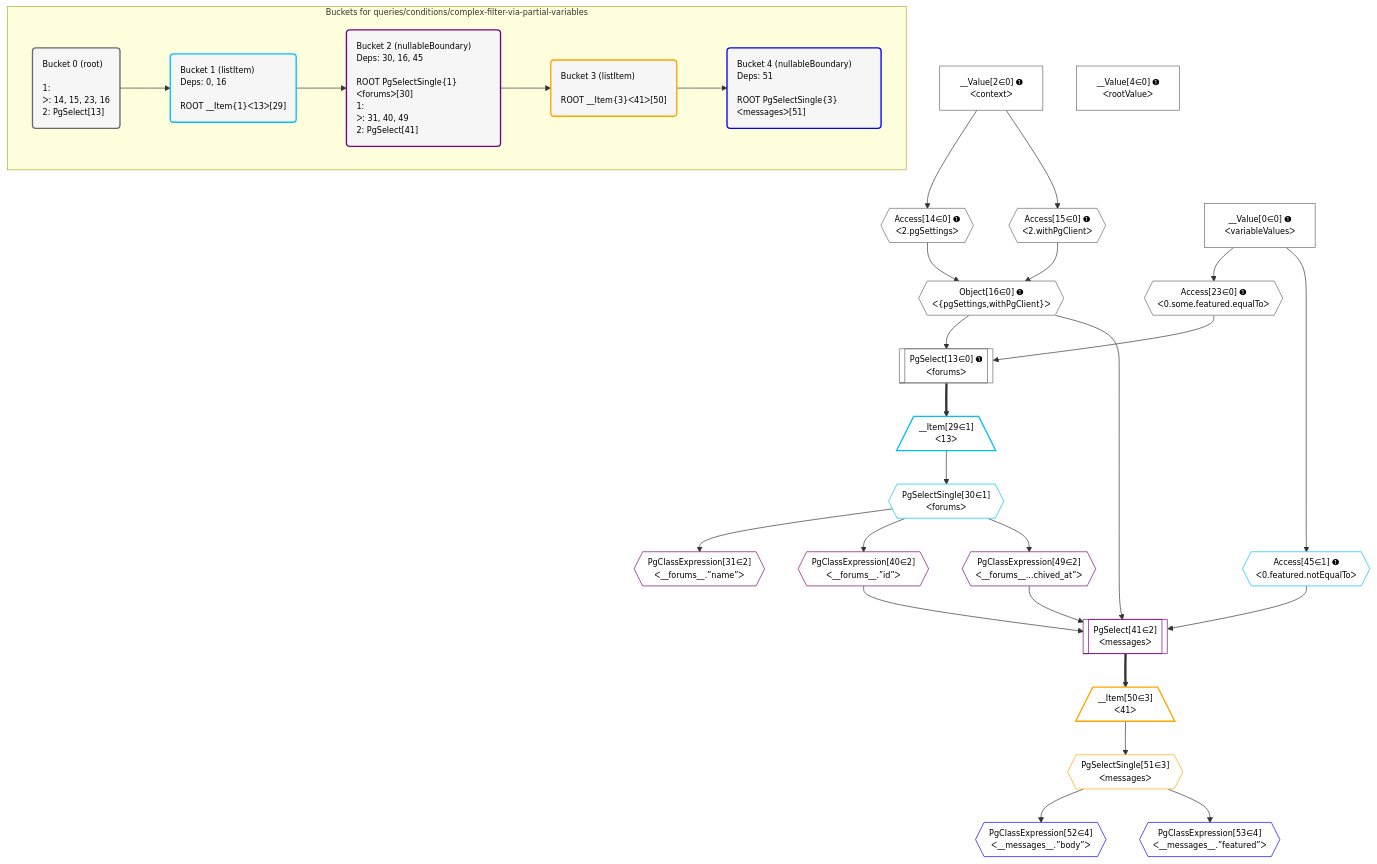
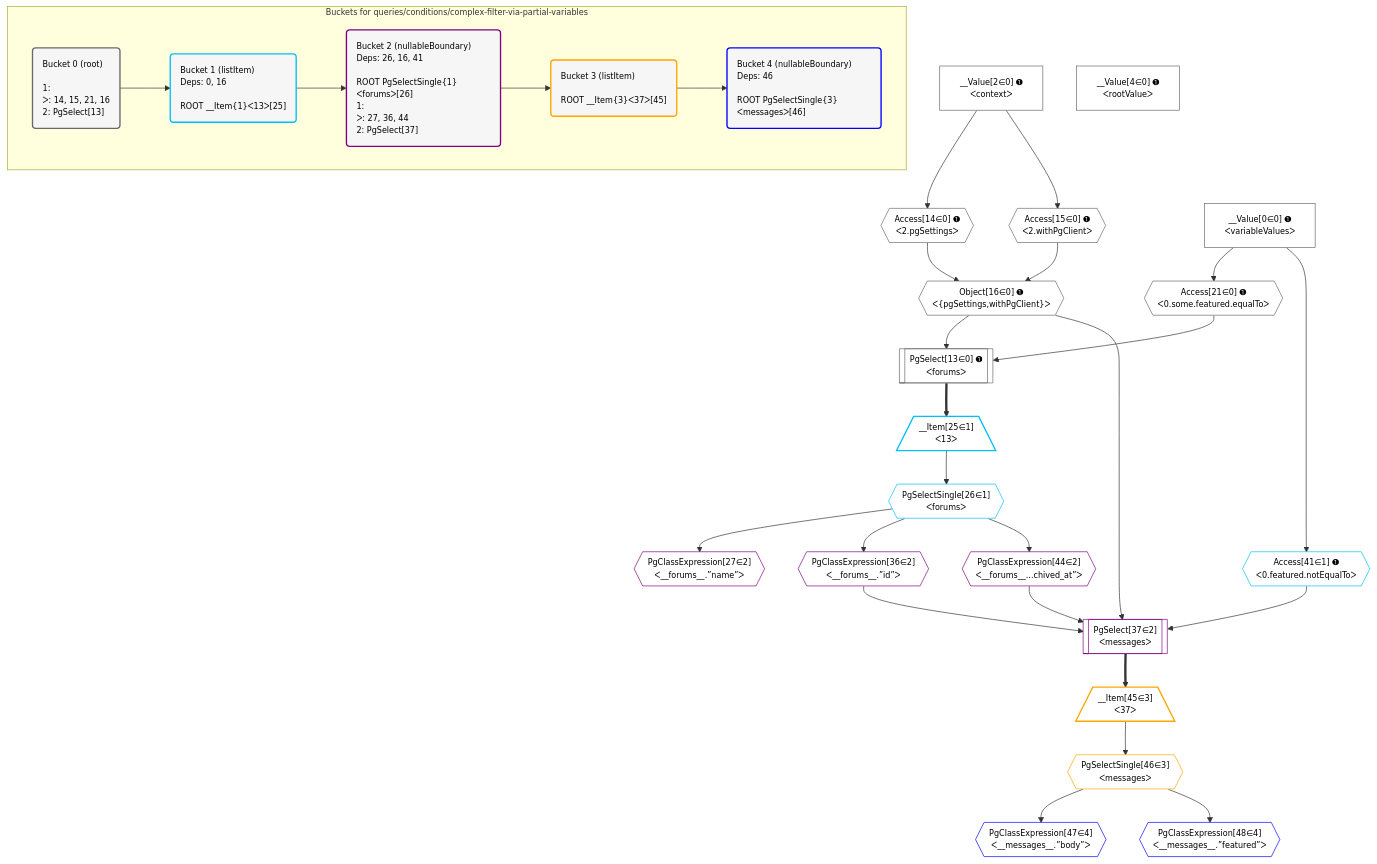
The diagram in grafast/dataplan-pg/__tests__/queries/conditions/complex-filter-via-partial-variables.deopt.mermaid (graphile/crystal), drawn with Mermaid before and after one commit. The commit also changed 5 other files, not shown here.

```diff
--- a/grafast/dataplan-pg/__tests__/queries/conditions/complex-filter-via-partial-variables.deopt.mermaid
+++ b/grafast/dataplan-pg/__tests__/queries/conditions/complex-filter-via-partial-variables.deopt.mermaid
@@ -1,70 +1,70 @@
 %%{init: {'themeVariables': { 'fontSize': '12px'}}}%%
 graph TD
     classDef path fill:#eee,stroke:#000,color:#000
     classDef plan fill:#fff,stroke-width:1px,color:#000
     classDef itemplan fill:#fff,stroke-width:2px,color:#000
     classDef unbatchedplan fill:#dff,stroke-width:1px,color:#000
     classDef sideeffectplan fill:#fcc,stroke-width:2px,color:#000
     classDef bucket fill:#f6f6f6,color:#000,stroke-width:2px,text-align:left
 
 
     %% plan dependencies
     PgSelect13[["PgSelect[13∈0] ➊<br />ᐸforumsᐳ"]]:::plan
     Object16{{"Object[16∈0] ➊<br />ᐸ{pgSettings,withPgClient}ᐳ"}}:::plan
-    Access23{{"Access[23∈0] ➊<br />ᐸ0.some.featured.equalToᐳ"}}:::plan
-    Object16 & Access23 --> PgSelect13
+    Access21{{"Access[21∈0] ➊<br />ᐸ0.some.featured.equalToᐳ"}}:::plan
+    Object16 & Access21 --> PgSelect13
     Access14{{"Access[14∈0] ➊<br />ᐸ2.pgSettingsᐳ"}}:::plan
     Access15{{"Access[15∈0] ➊<br />ᐸ2.withPgClientᐳ"}}:::plan
     Access14 & Access15 --> Object16
     __Value2["__Value[2∈0] ➊<br />ᐸcontextᐳ"]:::plan
     __Value2 --> Access14
     __Value2 --> Access15
     __Value0["__Value[0∈0] ➊<br />ᐸvariableValuesᐳ"]:::plan
-    __Value0 --> Access23
+    __Value0 --> Access21
     __Value4["__Value[4∈0] ➊<br />ᐸrootValueᐳ"]:::plan
-    __Item29[/"__Item[29∈1]<br />ᐸ13ᐳ"\]:::itemplan
-    PgSelect13 ==> __Item29
-    PgSelectSingle30{{"PgSelectSingle[30∈1]<br />ᐸforumsᐳ"}}:::plan
-    __Item29 --> PgSelectSingle30
-    Access45{{"Access[45∈1] ➊<br />ᐸ0.featured.notEqualToᐳ"}}:::plan
-    __Value0 --> Access45
-    PgSelect41[["PgSelect[41∈2]<br />ᐸmessagesᐳ"]]:::plan
-    PgClassExpression40{{"PgClassExpression[40∈2]<br />ᐸ__forums__.”id”ᐳ"}}:::plan
-    PgClassExpression49{{"PgClassExpression[49∈2]<br />ᐸ__forums__...chived_at”ᐳ"}}:::plan
-    Object16 & PgClassExpression40 & Access45 & PgClassExpression49 --> PgSelect41
-    PgClassExpression31{{"PgClassExpression[31∈2]<br />ᐸ__forums__.”name”ᐳ"}}:::plan
-    PgSelectSingle30 --> PgClassExpression31
-    PgSelectSingle30 --> PgClassExpression40
-    PgSelectSingle30 --> PgClassExpression49
-    __Item50[/"__Item[50∈3]<br />ᐸ41ᐳ"\]:::itemplan
-    PgSelect41 ==> __Item50
-    PgSelectSingle51{{"PgSelectSingle[51∈3]<br />ᐸmessagesᐳ"}}:::plan
-    __Item50 --> PgSelectSingle51
-    PgClassExpression52{{"PgClassExpression[52∈4]<br />ᐸ__messages__.”body”ᐳ"}}:::plan
-    PgSelectSingle51 --> PgClassExpression52
-    PgClassExpression53{{"PgClassExpression[53∈4]<br />ᐸ__messages__.”featured”ᐳ"}}:::plan
-    PgSelectSingle51 --> PgClassExpression53
+    __Item25[/"__Item[25∈1]<br />ᐸ13ᐳ"\]:::itemplan
+    PgSelect13 ==> __Item25
+    PgSelectSingle26{{"PgSelectSingle[26∈1]<br />ᐸforumsᐳ"}}:::plan
+    __Item25 --> PgSelectSingle26
+    Access41{{"Access[41∈1] ➊<br />ᐸ0.featured.notEqualToᐳ"}}:::plan
+    __Value0 --> Access41
+    PgSelect37[["PgSelect[37∈2]<br />ᐸmessagesᐳ"]]:::plan
+    PgClassExpression36{{"PgClassExpression[36∈2]<br />ᐸ__forums__.”id”ᐳ"}}:::plan
+    PgClassExpression44{{"PgClassExpression[44∈2]<br />ᐸ__forums__...chived_at”ᐳ"}}:::plan
+    Object16 & PgClassExpression36 & Access41 & PgClassExpression44 --> PgSelect37
+    PgClassExpression27{{"PgClassExpression[27∈2]<br />ᐸ__forums__.”name”ᐳ"}}:::plan
+    PgSelectSingle26 --> PgClassExpression27
+    PgSelectSingle26 --> PgClassExpression36
+    PgSelectSingle26 --> PgClassExpression44
+    __Item45[/"__Item[45∈3]<br />ᐸ37ᐳ"\]:::itemplan
+    PgSelect37 ==> __Item45
+    PgSelectSingle46{{"PgSelectSingle[46∈3]<br />ᐸmessagesᐳ"}}:::plan
+    __Item45 --> PgSelectSingle46
+    PgClassExpression47{{"PgClassExpression[47∈4]<br />ᐸ__messages__.”body”ᐳ"}}:::plan
+    PgSelectSingle46 --> PgClassExpression47
+    PgClassExpression48{{"PgClassExpression[48∈4]<br />ᐸ__messages__.”featured”ᐳ"}}:::plan
+    PgSelectSingle46 --> PgClassExpression48
 
     %% define steps
 
     subgraph "Buckets for queries/conditions/complex-filter-via-partial-variables"
-    Bucket0("Bucket 0 (root)<br /><br />1: <br />ᐳ: 14, 15, 23, 16<br />2: PgSelect[13]"):::bucket
+    Bucket0("Bucket 0 (root)<br /><br />1: <br />ᐳ: 14, 15, 21, 16<br />2: PgSelect[13]"):::bucket
     classDef bucket0 stroke:#696969
-    class Bucket0,__Value0,__Value2,__Value4,PgSelect13,Access14,Access15,Object16,Access23 bucket0
-    Bucket1("Bucket 1 (listItem)<br />Deps: 0, 16<br /><br />ROOT __Item{1}ᐸ13ᐳ[29]"):::bucket
+    class Bucket0,__Value0,__Value2,__Value4,PgSelect13,Access14,Access15,Object16,Access21 bucket0
+    Bucket1("Bucket 1 (listItem)<br />Deps: 0, 16<br /><br />ROOT __Item{1}ᐸ13ᐳ[25]"):::bucket
     classDef bucket1 stroke:#00bfff
-    class Bucket1,__Item29,PgSelectSingle30,Access45 bucket1
-    Bucket2("Bucket 2 (nullableBoundary)<br />Deps: 30, 16, 45<br /><br />ROOT PgSelectSingle{1}ᐸforumsᐳ[30]<br />1: <br />ᐳ: 31, 40, 49<br />2: PgSelect[41]"):::bucket
+    class Bucket1,__Item25,PgSelectSingle26,Access41 bucket1
+    Bucket2("Bucket 2 (nullableBoundary)<br />Deps: 26, 16, 41<br /><br />ROOT PgSelectSingle{1}ᐸforumsᐳ[26]<br />1: <br />ᐳ: 27, 36, 44<br />2: PgSelect[37]"):::bucket
     classDef bucket2 stroke:#7f007f
-    class Bucket2,PgClassExpression31,PgClassExpression40,PgSelect41,PgClassExpression49 bucket2
-    Bucket3("Bucket 3 (listItem)<br /><br />ROOT __Item{3}ᐸ41ᐳ[50]"):::bucket
+    class Bucket2,PgClassExpression27,PgClassExpression36,PgSelect37,PgClassExpression44 bucket2
+    Bucket3("Bucket 3 (listItem)<br /><br />ROOT __Item{3}ᐸ37ᐳ[45]"):::bucket
     classDef bucket3 stroke:#ffa500
-    class Bucket3,__Item50,PgSelectSingle51 bucket3
-    Bucket4("Bucket 4 (nullableBoundary)<br />Deps: 51<br /><br />ROOT PgSelectSingle{3}ᐸmessagesᐳ[51]"):::bucket
+    class Bucket3,__Item45,PgSelectSingle46 bucket3
+    Bucket4("Bucket 4 (nullableBoundary)<br />Deps: 46<br /><br />ROOT PgSelectSingle{3}ᐸmessagesᐳ[46]"):::bucket
     classDef bucket4 stroke:#0000ff
-    class Bucket4,PgClassExpression52,PgClassExpression53 bucket4
+    class Bucket4,PgClassExpression47,PgClassExpression48 bucket4
     Bucket0 --> Bucket1
     Bucket1 --> Bucket2
     Bucket2 --> Bucket3
     Bucket3 --> Bucket4
     end
```
